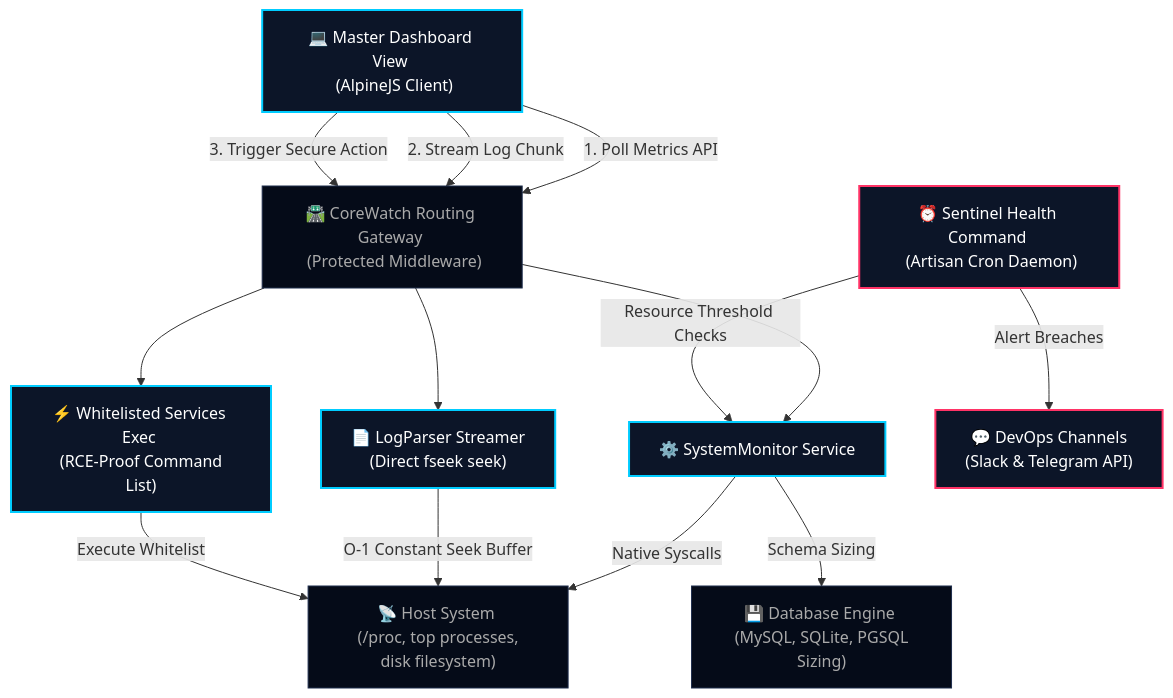
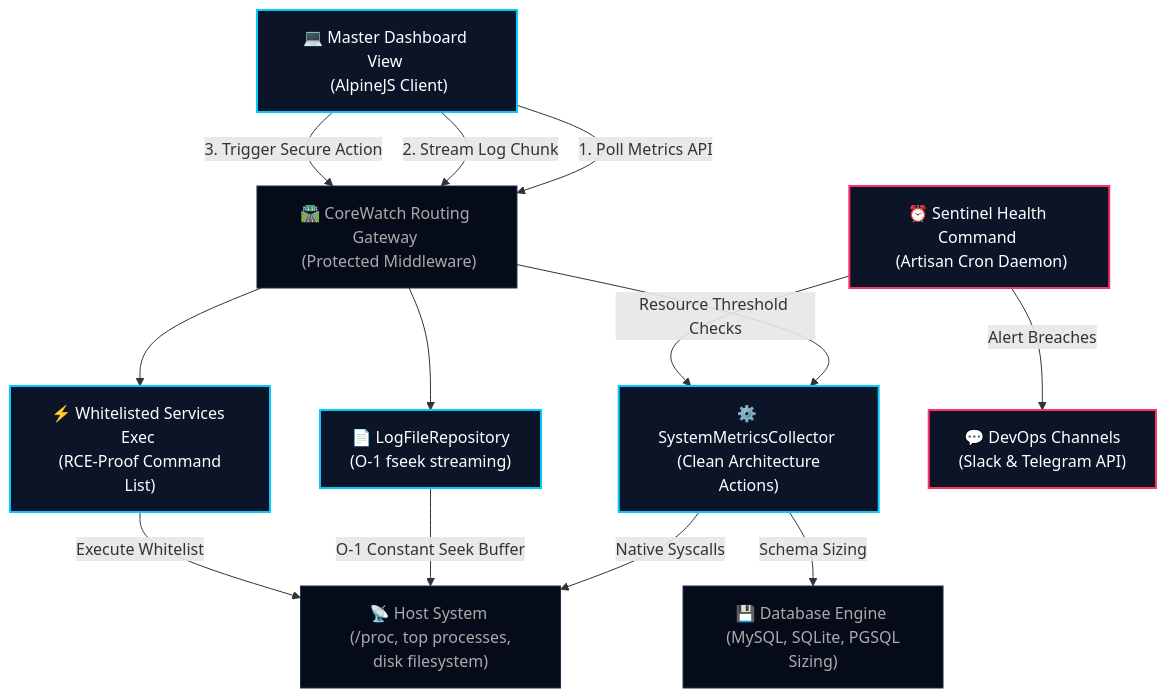
One commit to hamdyelbatal122/corewatch changed the diagram in README.md. Above: the diagram before and after it, drawn with Mermaid. The commit also changed other lines of this file and 10 other files, not shown here.

````diff
--- a/README.md
+++ b/README.md
@@ -26,38 +77,38 @@
 ```mermaid
 graph TD
     %% Elements
     A["💻 Master Dashboard View <br> (AlpineJS Client)"]
     B["🛣️ CoreWatch Routing Gateway <br> (Protected Middleware)"]
-    C["⚙️ SystemMonitor Service"]
-    D["📄 LogParser Streamer <br> (Direct fseek seek)"]
+    C["⚙️ SystemMetricsCollector <br> (Clean Architecture Actions)"]
+    D["📄 LogFileRepository <br> (O-1 fseek streaming)"]
     E["⚡ Whitelisted Services Exec <br> (RCE-Proof Command List)"]
     F["⏰ Sentinel Health Command <br> (Artisan Cron Daemon)"]
     
     G["📡 Host System <br> (/proc, top processes, disk filesystem)"]
     H["💾 Database Engine <br> (MySQL, SQLite, PGSQL Sizing)"]
     I["💬 DevOps Channels <br> (Slack & Telegram API)"]
 
     %% Styling Definitions
     classDef primary fill:#0c1528,stroke:#00ccff,stroke-width:2px,color:#fff;
     classDef secondary fill:#050b18,stroke:#1f2e4d,stroke-width:1px,color:#aaa;
     classDef alert fill:#0c1528,stroke:#ff3366,stroke-width:2px,color:#fff;
 
     %% Class Assignments
     class A,C,D,E primary;
     class B,G,H secondary;
     class F,I alert;
 
     %% Connections
     A -->|1. Poll Metrics API| B
     B --> C
     C -->|Native Syscalls| G
     C -->|Schema Sizing| H
     A -->|2. Stream Log Chunk| B
     B --> D
     D -->|O-1 Constant Seek Buffer| G
     A -->|3. Trigger Secure Action| B
     B --> E
     E -->|Execute Whitelist| G
     F -->|Resource Threshold Checks| C
     F -->|Alert Breaches| I
 ```
````
